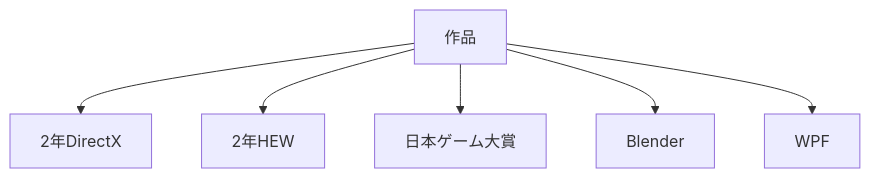
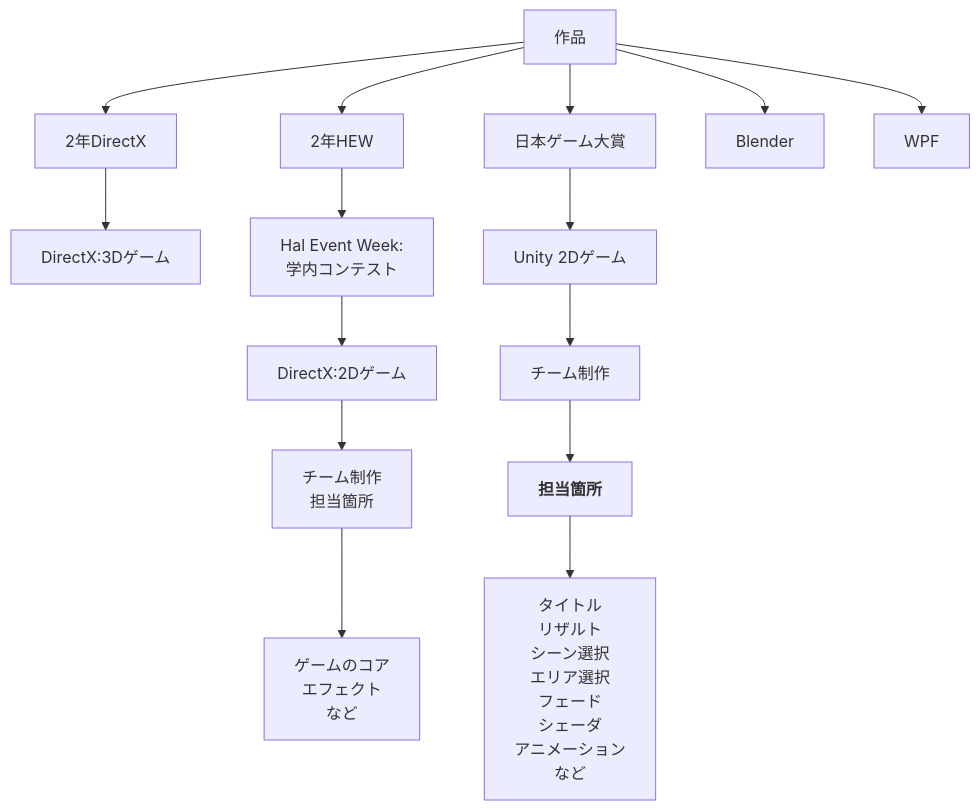
The diagram in README.md (yuta6686/ForEntrySheets_yuta6686), drawn with Mermaid before and after one commit.

````diff
--- a/README.md
+++ b/README.md
@@ -2,16 +2,24 @@
 ```mermaid
-  graph TB
+graph TB
 	all[作品]
 	dx2[2年DirectX]
 	hew2[2年HEW]
 	ngt[日本ゲーム大賞]
 	bld[Blender]
 	wpf[WPF]
 
 	all --> dx2
 	all --> hew2
 	all --> ngt
 	all --> bld
 	all --> wpf
-  
+
+	dx2 --> dx2_sum1[DirectX:3Dゲーム]
+	hew2 --> hew2_sum1[Hal Event Week:</br>学内コンテスト]-->hew2_sum2[DirectX:2Dゲーム]
+	--> hew2_sum3[チーム制作<br>担当箇所]
+	--> hew2_sum4[ゲームのコア<br>エフェクト<br>など]
+	ngt --> ngt_sum1[Unity 2Dゲーム] --> 
+	ntg_sum1[チーム制作<br>]-->ntg_sum2.5[<b>担当箇所</b>]-->
+	ngt_sum2[タイトル<br>リザルト<br>シーン選択<br>エリア選択<br>フェード<br>シェーダ<br>アニメーション<br>など]
+	
 ```
````
